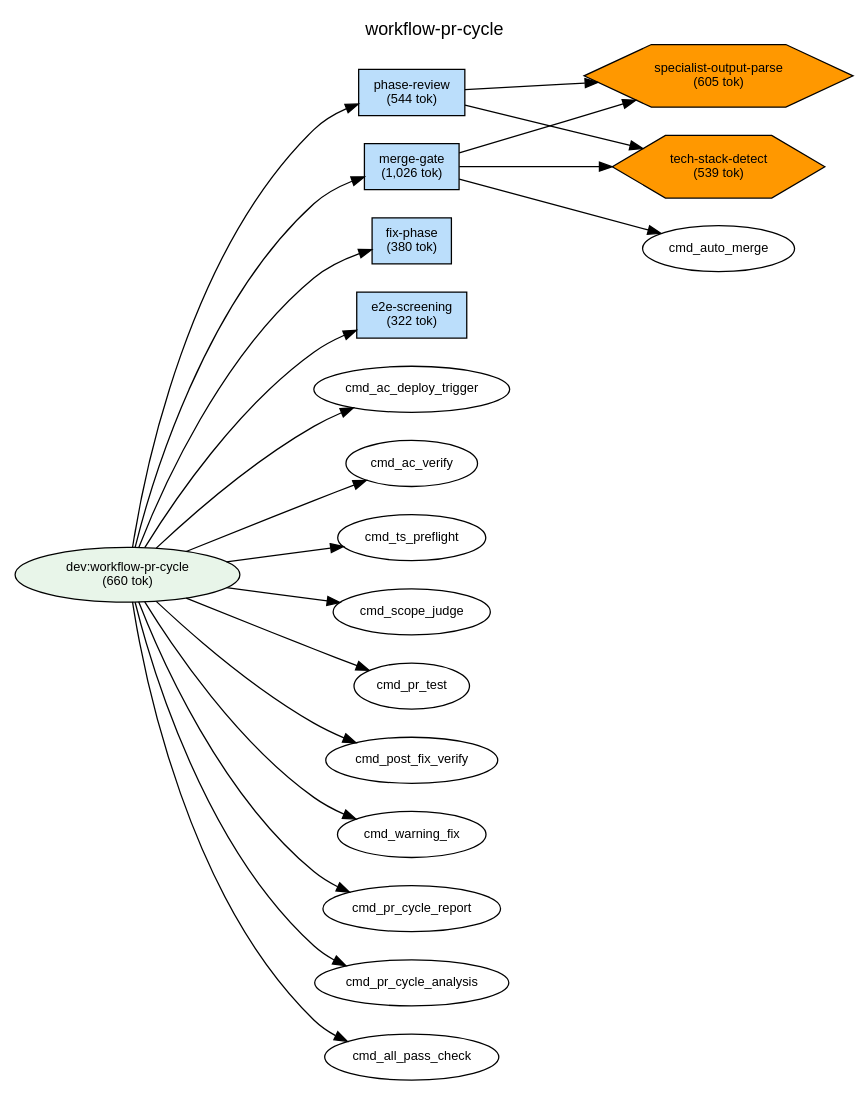
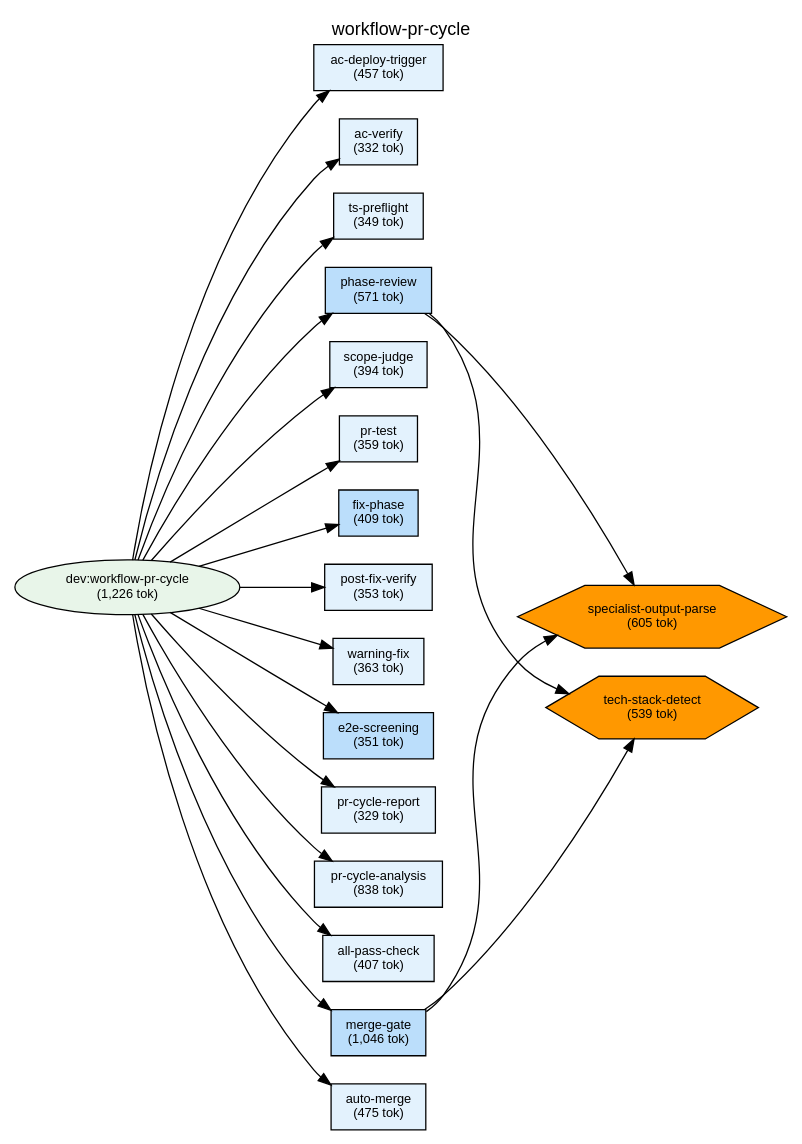
Before and after one commit to shuu5/twill: the diagram in plugins/dev/docs/deps-workflow-pr-cycle.dot, drawn with Graphviz. The commit also changed 26 other files, not shown here.

```diff
--- a/plugins/dev/docs/deps-workflow-pr-cycle.dot
+++ b/plugins/dev/docs/deps-workflow-pr-cycle.dot
@@ -1,64 +1,93 @@
 digraph Dependencies {
     // Graph settings
     rankdir=LR;
     ranksep=0.8;
     nodesep=0.3;
     fontname="Helvetica";
     node [fontname="Helvetica", fontsize=10];
     edge [fontname="Helvetica", fontsize=9];
     label="workflow-pr-cycle";
     labelloc=t;
     fontsize=14;
 
     // L0: Controller Skills
 
     // L0: Launchers
 
     // L0.5: Workflow Skills
-    skill_workflow_pr_cycle [label="dev:workflow-pr-cycle\n(660 tok)", shape=ellipse, style=filled, fillcolor="#e8f5e9"];
+    skill_workflow_pr_cycle [label="dev:workflow-pr-cycle\n(1,226 tok)", shape=ellipse, style=filled, fillcolor="#e8f5e9"];
 
     // Reference Skills
 
     // L1: Direct Commands
-    cmd_phase_review [label="phase-review\n(544 tok)", shape=box, style=filled, fillcolor="#bbdefb"];
-    cmd_fix_phase [label="fix-phase\n(380 tok)", shape=box, style=filled, fillcolor="#bbdefb"];
-    cmd_e2e_screening [label="e2e-screening\n(322 tok)", shape=box, style=filled, fillcolor="#bbdefb"];
-    cmd_merge_gate [label="merge-gate\n(1,026 tok)", shape=box, style=filled, fillcolor="#bbdefb"];
+    cmd_ts_preflight [label="ts-preflight\n(349 tok)", shape=box, style=filled, fillcolor="#e3f2fd"];
+    cmd_scope_judge [label="scope-judge\n(394 tok)", shape=box, style=filled, fillcolor="#e3f2fd"];
+    cmd_pr_test [label="pr-test\n(359 tok)", shape=box, style=filled, fillcolor="#e3f2fd"];
+    cmd_post_fix_verify [label="post-fix-verify\n(353 tok)", shape=box, style=filled, fillcolor="#e3f2fd"];
+    cmd_warning_fix [label="warning-fix\n(363 tok)", shape=box, style=filled, fillcolor="#e3f2fd"];
+    cmd_pr_cycle_report [label="pr-cycle-report\n(329 tok)", shape=box, style=filled, fillcolor="#e3f2fd"];
+    cmd_all_pass_check [label="all-pass-check\n(407 tok)", shape=box, style=filled, fillcolor="#e3f2fd"];
+    cmd_ac_verify [label="ac-verify\n(332 tok)", shape=box, style=filled, fillcolor="#e3f2fd"];
+    cmd_phase_review [label="phase-review\n(571 tok)", shape=box, style=filled, fillcolor="#bbdefb"];
+    cmd_fix_phase [label="fix-phase\n(409 tok)", shape=box, style=filled, fillcolor="#bbdefb"];
+    cmd_e2e_screening [label="e2e-screening\n(351 tok)", shape=box, style=filled, fillcolor="#bbdefb"];
+    cmd_merge_gate [label="merge-gate\n(1,046 tok)", shape=box, style=filled, fillcolor="#bbdefb"];
+    cmd_ac_deploy_trigger [label="ac-deploy-trigger\n(457 tok)", shape=box, style=filled, fillcolor="#e3f2fd"];
+    cmd_auto_merge [label="auto-merge\n(475 tok)", shape=box, style=filled, fillcolor="#e3f2fd"];
+    cmd_pr_cycle_analysis [label="pr-cycle-analysis\n(838 tok)", shape=box, style=filled, fillcolor="#e3f2fd"];
 
     // L2: Sub Commands
 
     // L3: Agents
 
     // L3.5: Scripts
     script_tech_stack_detect [label="tech-stack-detect\n(539 tok)", shape=hexagon, style=filled, fillcolor="#FF9800"];
     script_specialist_output_parse [label="specialist-output-parse\n(605 tok)", shape=hexagon, style=filled, fillcolor="#FF9800"];
 
     // L4: External
 
     // Layer constraints
     { rank=same; skill_workflow_pr_cycle; }
-    { rank=same; cmd_phase_review; cmd_fix_phase; cmd_e2e_screening; cmd_merge_gate; }
+    { rank=same; cmd_ts_preflight; cmd_scope_judge; cmd_pr_test; cmd_post_fix_verify; cmd_warning_fix; cmd_pr_cycle_report; cmd_all_pass_check; cmd_ac_verify; cmd_phase_review; cmd_fix_phase; cmd_e2e_screening; cmd_merge_gate; cmd_ac_deploy_trigger; cmd_auto_merge; cmd_pr_cycle_analysis; }
     { rank=same; script_tech_stack_detect; script_specialist_output_parse; }
 
     // Edges
     skill_workflow_pr_cycle -> cmd_ac_deploy_trigger;
     skill_workflow_pr_cycle -> cmd_ac_verify;
     skill_workflow_pr_cycle -> cmd_ts_preflight;
     skill_workflow_pr_cycle -> cmd_phase_review;
     skill_workflow_pr_cycle -> cmd_scope_judge;
     skill_workflow_pr_cycle -> cmd_pr_test;
     skill_workflow_pr_cycle -> cmd_fix_phase;
     skill_workflow_pr_cycle -> cmd_post_fix_verify;
     skill_workflow_pr_cycle -> cmd_warning_fix;
     skill_workflow_pr_cycle -> cmd_e2e_screening;
     skill_workflow_pr_cycle -> cmd_pr_cycle_report;
     skill_workflow_pr_cycle -> cmd_pr_cycle_analysis;
     skill_workflow_pr_cycle -> cmd_all_pass_check;
     skill_workflow_pr_cycle -> cmd_merge_gate;
+    skill_workflow_pr_cycle -> cmd_auto_merge;
     cmd_phase_review -> script_specialist_output_parse;
     cmd_phase_review -> script_tech_stack_detect;
     cmd_merge_gate -> script_specialist_output_parse;
     cmd_merge_gate -> script_tech_stack_detect;
-    cmd_merge_gate -> cmd_auto_merge;
+
+    // Ordering constraints (invisible edges)
+    cmd_ac_deploy_trigger -> cmd_ac_verify [style=invis, weight=10];
+    cmd_ac_verify -> cmd_ts_preflight [style=invis, weight=10];
+    cmd_ts_preflight -> cmd_phase_review [style=invis, weight=10];
+    cmd_phase_review -> cmd_scope_judge [style=invis, weight=10];
+    cmd_scope_judge -> cmd_pr_test [style=invis, weight=10];
+    cmd_pr_test -> cmd_fix_phase [style=invis, weight=10];
+    cmd_fix_phase -> cmd_post_fix_verify [style=invis, weight=10];
+    cmd_post_fix_verify -> cmd_warning_fix [style=invis, weight=10];
+    cmd_warning_fix -> cmd_e2e_screening [style=invis, weight=10];
+    cmd_e2e_screening -> cmd_pr_cycle_report [style=invis, weight=10];
+    cmd_pr_cycle_report -> cmd_pr_cycle_analysis [style=invis, weight=10];
+    cmd_pr_cycle_analysis -> cmd_all_pass_check [style=invis, weight=10];
+    cmd_all_pass_check -> cmd_merge_gate [style=invis, weight=10];
+    cmd_merge_gate -> cmd_auto_merge [style=invis, weight=10];
+    script_specialist_output_parse -> script_tech_stack_detect [style=invis, weight=10];
+    script_specialist_output_parse -> script_tech_stack_detect [style=invis, weight=10];
 
 }
```
